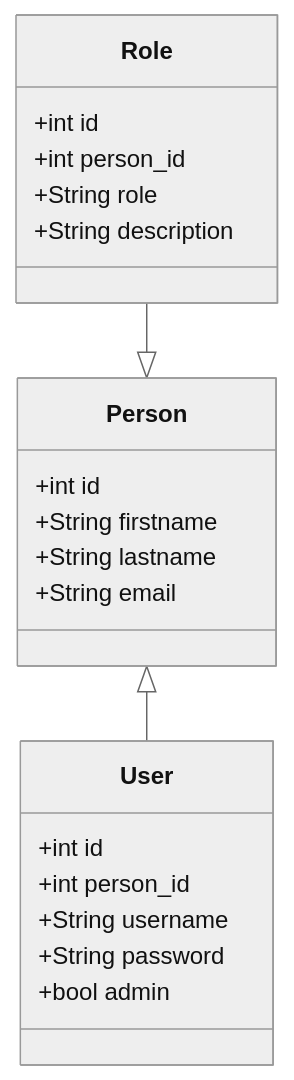
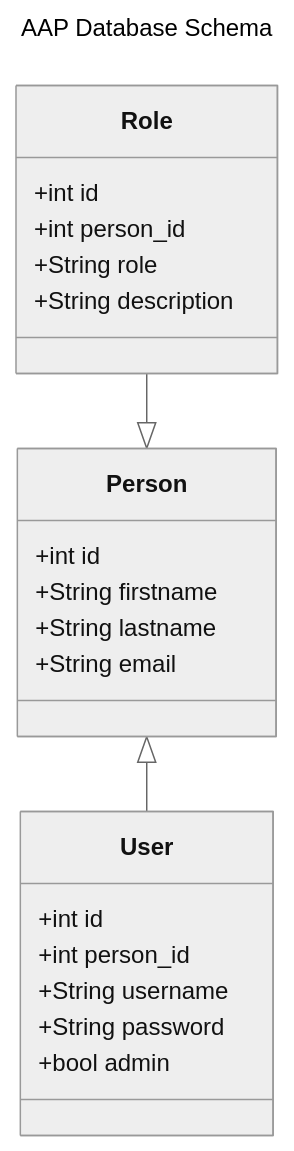
One commit to Silberman-Law/documentation-aap changed the first of 2 diagrams in database-schema.md. Above: the diagram before and after it, drawn with Mermaid (neutral theme).

````diff
--- a/database-schema.md
+++ b/database-schema.md
@@ -1,24 +1,27 @@
 ```mermaid
+---
+title: AAP Database Schema
+---
 classDiagram
     Person <|-- User
     Role --|> Person
     class User {
         +int id
         +int person_id
         +String username
         +String password
         +bool admin
     }
     class Person {
         +int id
         +String firstname
         +String lastname
         +String email
     }
     class Role {
         +int id
         +int person_id
         +String role
         +String description
     }
 ```
````
